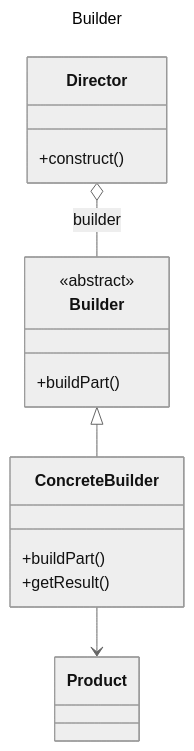
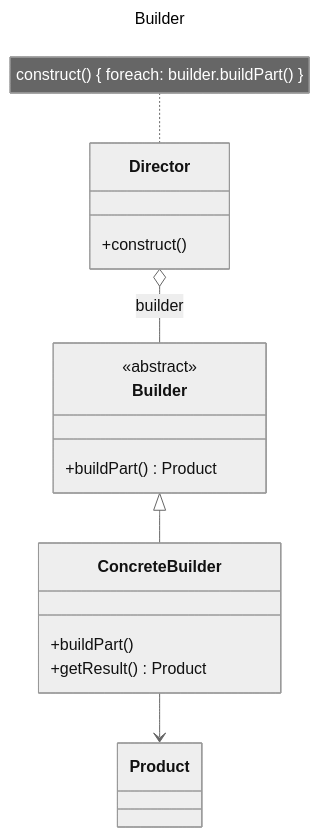
The second of 12 diagrams in README.md (rwibawa/designpatterns), drawn with Mermaid (neutral theme) before and after one commit. The commit also changed other lines of this file and 5 other files, not shown here.

````diff
--- a/README.md
+++ b/README.md
@@ -57,21 +66,22 @@
 ```mermaid
 ---
 title: Builder
 ---
 classDiagram
     class Builder {
         <<abstract>>
-        +buildPart()
+        +buildPart() Product
     }
-    
+
+    note for Director "construct() { foreach: builder.buildPart() }"
     Director o-- Builder : builder
     Director : +construct()
     
     Builder <|-- ConcreteBuilder
     class ConcreteBuilder {
         +buildPart()
-        +getResult()
+        +getResult() Product
     }
     
     ConcreteBuilder --> Product
 ```
````
